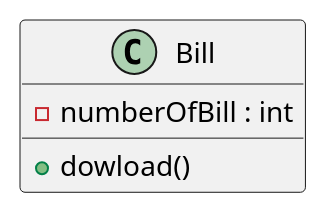
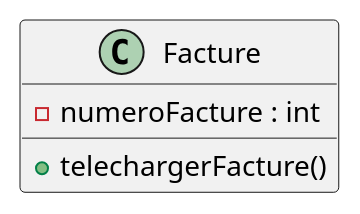
Before and after one commit to laurasullyalexandrine/expressfood: the diagram in Class/Facture.puml, drawn with PlantUML. The commit also changed 2 other files, not shown here.

```diff
--- a/Class/Facture.puml
+++ b/Class/Facture.puml
@@ -1,9 +1,9 @@
-@startuml Bill
+@startuml Facture
 
-Class Bill{
-    - numberOfBill : int
+Class Facture {
+    - numeroFacture : int
 
-    + dowload()
+    + telechargerFacture()
 }
 
 @enduml
```
